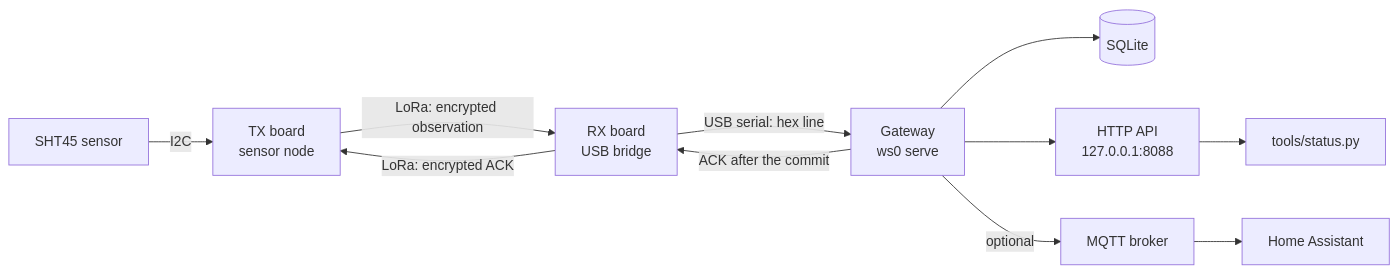
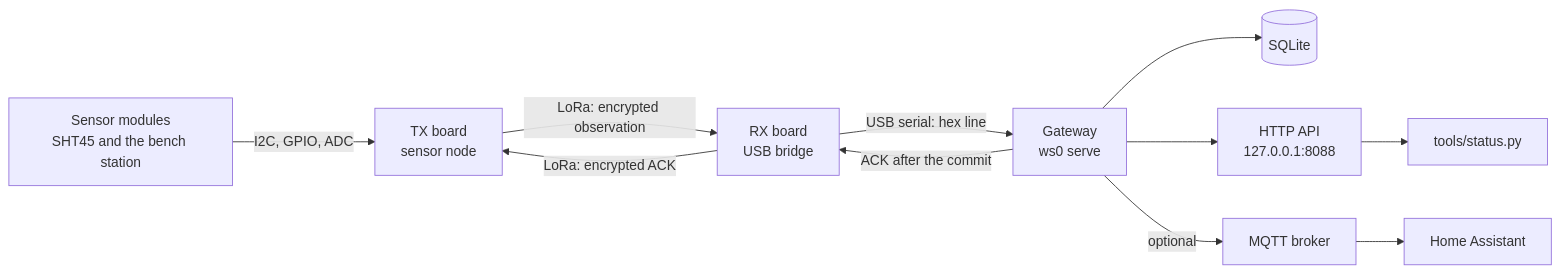
Before and after one commit to clintecker/weather-station-2026: the diagram in README.md, drawn with Mermaid. The commit also changed other lines of this file and 42 other files, not shown here.

````diff
--- a/README.md
+++ b/README.md
@@ -16,13 +17,13 @@
 ```mermaid
 flowchart LR
-  S["SHT45 sensor"] -->|"I2C"| TX["TX board<br/>sensor node"]
+  S["Sensor modules<br/>SHT45 and the bench station"] -->|"I2C, GPIO, ADC"| TX["TX board<br/>sensor node"]
   TX -->|"LoRa: encrypted observation"| RX["RX board<br/>USB bridge"]
   RX -->|"USB serial: hex line"| GW["Gateway<br/>ws0 serve"]
   GW --> DB[("SQLite")]
   GW -->|"ACK after the commit"| RX
   RX -->|"LoRa: encrypted ACK"| TX
   GW --> API["HTTP API<br/>127.0.0.1:8088"]
   GW -->|"optional"| MQ["MQTT broker"]
   MQ --> HA["Home Assistant"]
   API --> ST["tools/status.py"]
 ```
````
